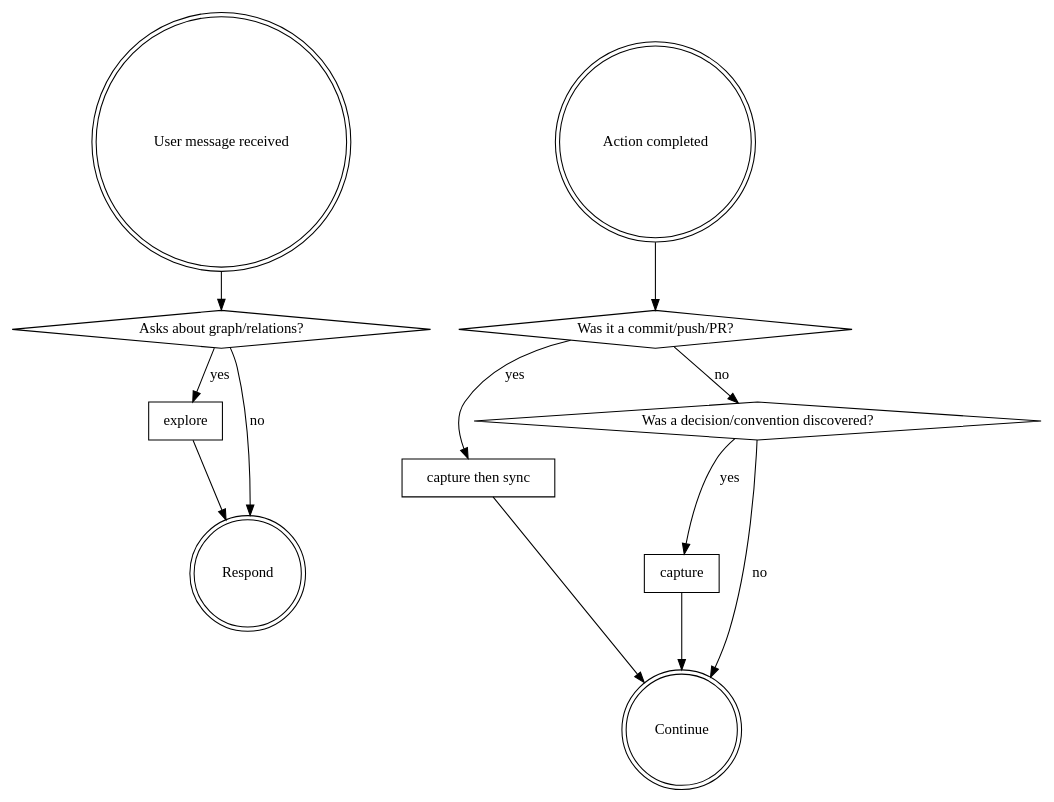
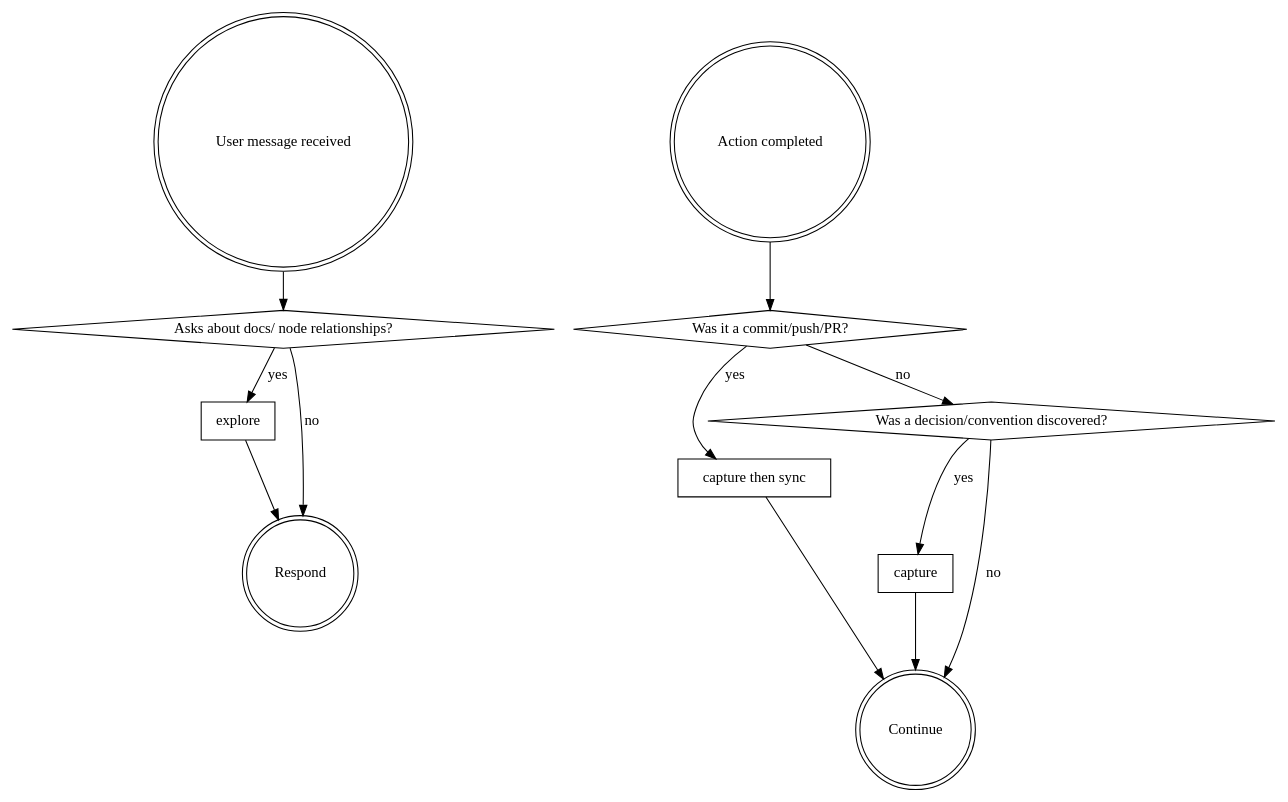
Before and after one commit to Curt-Park/autology: the diagram in skills/router/SKILL.md, drawn with Graphviz. The commit also changed other lines of this file, not shown here.

First line of the commit message:
fix: tighten explore trigger — docs/ node relationships only

````diff
--- a/skills/router/SKILL.md
+++ b/skills/router/SKILL.md
@@ -52,27 +53,27 @@
 ```dot
 digraph router {
   "User message received" [shape=doublecircle];
   "Action completed" [shape=doublecircle];
-  "Asks about graph/relations?" [shape=diamond];
+  "Asks about docs/ node relationships?" [shape=diamond];
   "explore" [shape=box];
   "Respond" [shape=doublecircle];
   "Was it a commit/push/PR?" [shape=diamond];
   "capture then sync" [shape=box];
   "Was a decision/convention discovered?" [shape=diamond];
   "capture" [shape=box];
   "Continue" [shape=doublecircle];
 
-  "User message received" -> "Asks about graph/relations?";
-  "Asks about graph/relations?" -> "explore" [label="yes"];
-  "Asks about graph/relations?" -> "Respond" [label="no"];
+  "User message received" -> "Asks about docs/ node relationships?";
+  "Asks about docs/ node relationships?" -> "explore" [label="yes"];
+  "Asks about docs/ node relationships?" -> "Respond" [label="no"];
   "explore" -> "Respond";
 
   "Action completed" -> "Was it a commit/push/PR?";
   "Was it a commit/push/PR?" -> "capture then sync" [label="yes"];
   "Was it a commit/push/PR?" -> "Was a decision/convention discovered?" [label="no"];
   "Was a decision/convention discovered?" -> "capture" [label="yes"];
   "Was a decision/convention discovered?" -> "Continue" [label="no"];
   "capture then sync" -> "Continue";
   "capture" -> "Continue";
 }
 ```
````
